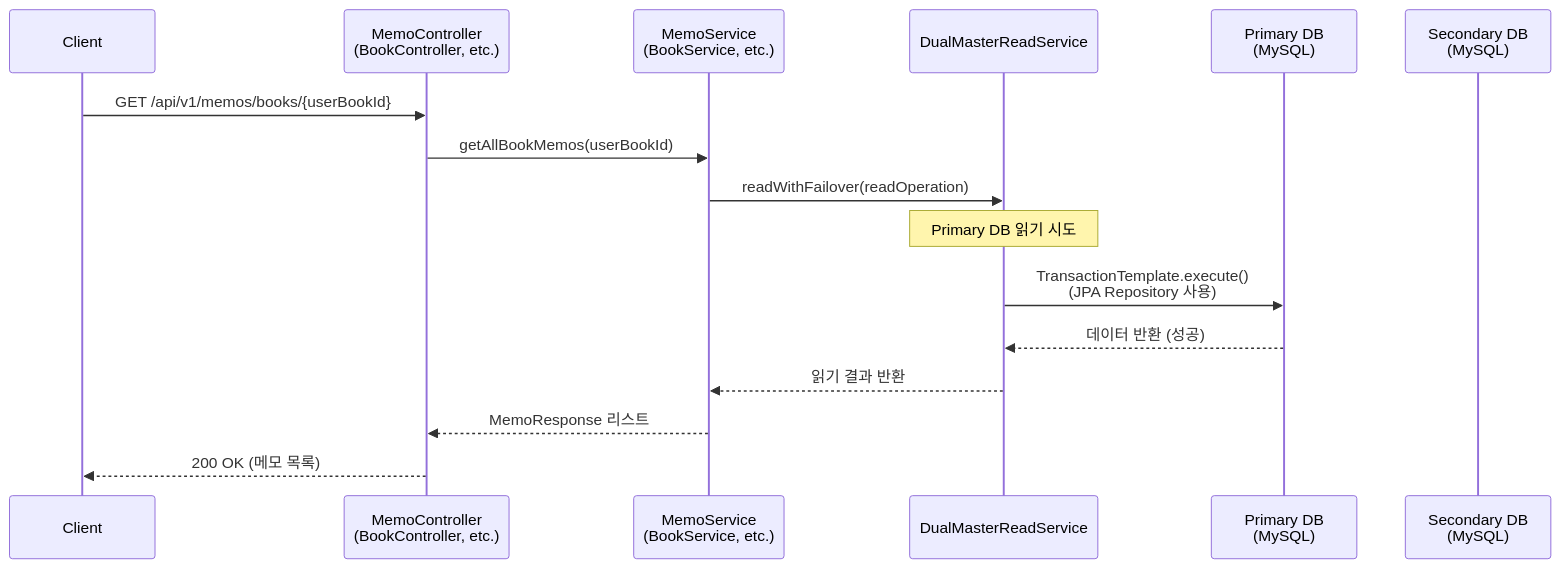
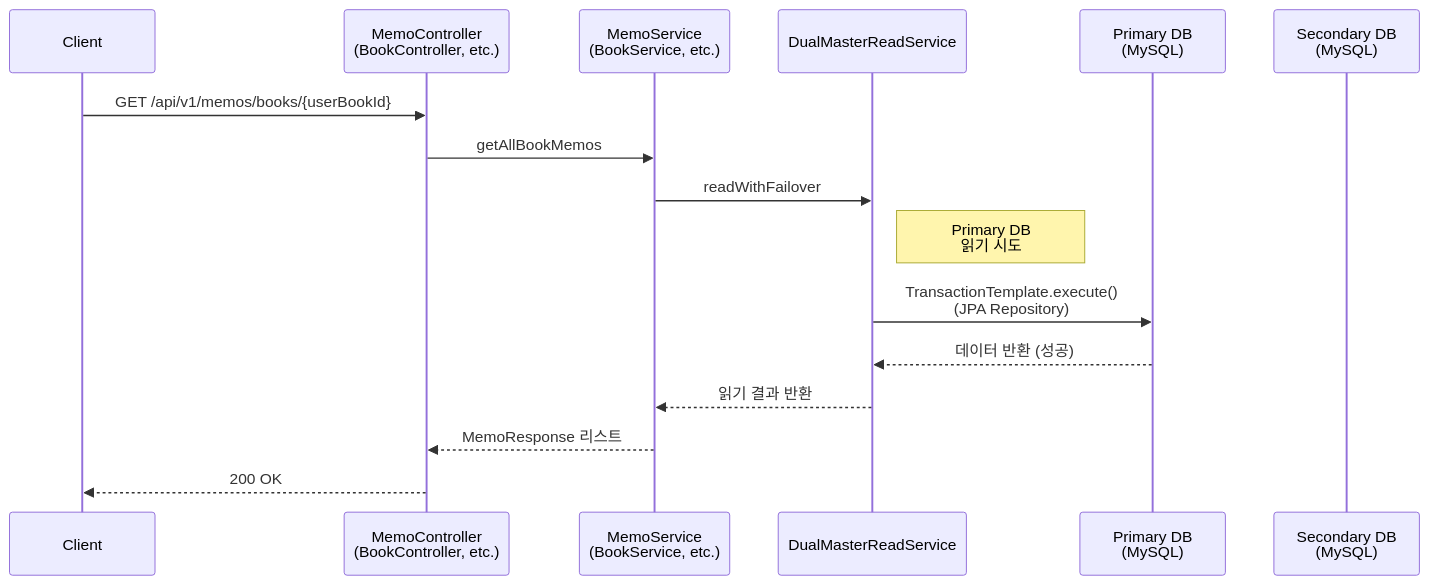
One commit to Park-Yena00/Reading_tracker changed the first of 7 diagrams in docs/architecture/SCENARIO2_RUNTIME_VIEW.md. Above: the diagram before and after it, drawn with Mermaid. The commit also changed other lines of this file and 2 other files, not shown here.

First line of the commit message:
docs: 다이어그램 선과 주석 겹침 문제 수정

````diff
--- a/docs/architecture/SCENARIO2_RUNTIME_VIEW.md
+++ b/docs/architecture/SCENARIO2_RUNTIME_VIEW.md
@@ -21,22 +21,21 @@
 ```mermaid
 sequenceDiagram
     participant Client
     participant Controller as MemoController<br/>(BookController, etc.)
     participant Service as MemoService<br/>(BookService, etc.)
     participant ReadService as DualMasterReadService
     participant PrimaryDB as Primary DB<br/>(MySQL)
     participant SecondaryDB as Secondary DB<br/>(MySQL)
 
     Client->>Controller: GET /api/v1/memos/books/{userBookId}
-    Controller->>Service: getAllBookMemos(userBookId)
+    Controller->>Service: getAllBookMemos
+    Service->>ReadService: readWithFailover
     
-    Service->>ReadService: readWithFailover(readOperation)
-    
-    Note over ReadService: Primary DB 읽기 시도
-    ReadService->>PrimaryDB: TransactionTemplate.execute()<br/>(JPA Repository 사용)
+    Note right of ReadService: Primary DB<br/>읽기 시도
+    ReadService->>PrimaryDB: TransactionTemplate.execute()<br/>(JPA Repository)
     PrimaryDB-->>ReadService: 데이터 반환 (성공)
     
     ReadService-->>Service: 읽기 결과 반환
     Service-->>Controller: MemoResponse 리스트
-    Controller-->>Client: 200 OK (메모 목록)
+    Controller-->>Client: 200 OK
 ```
````
